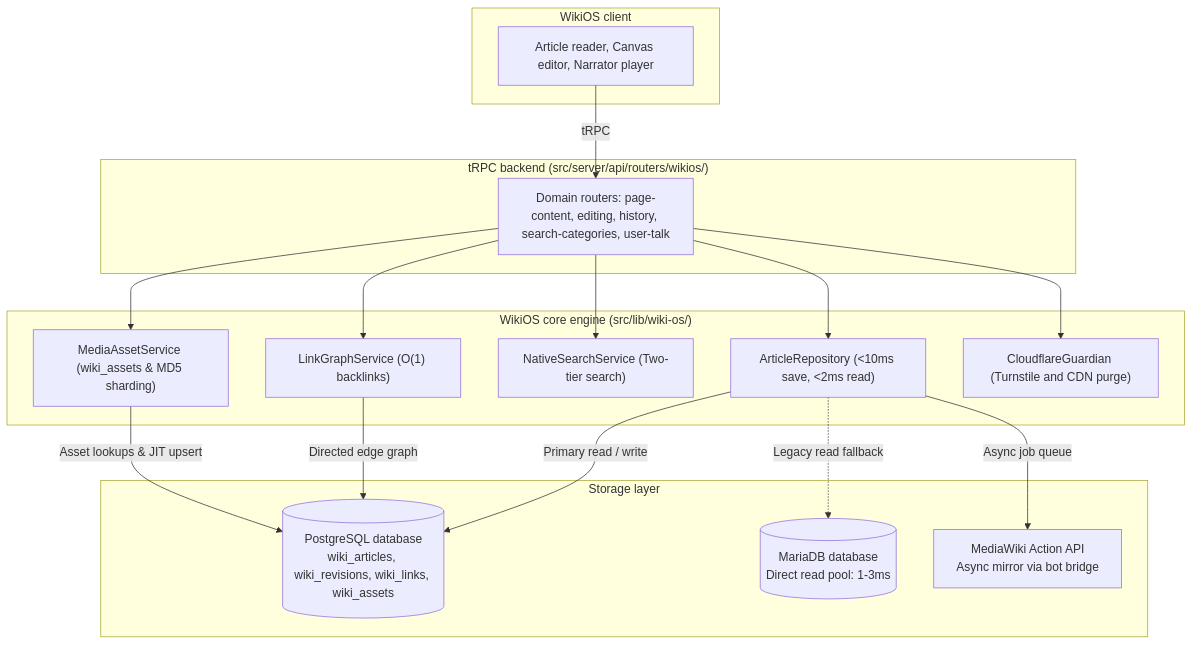
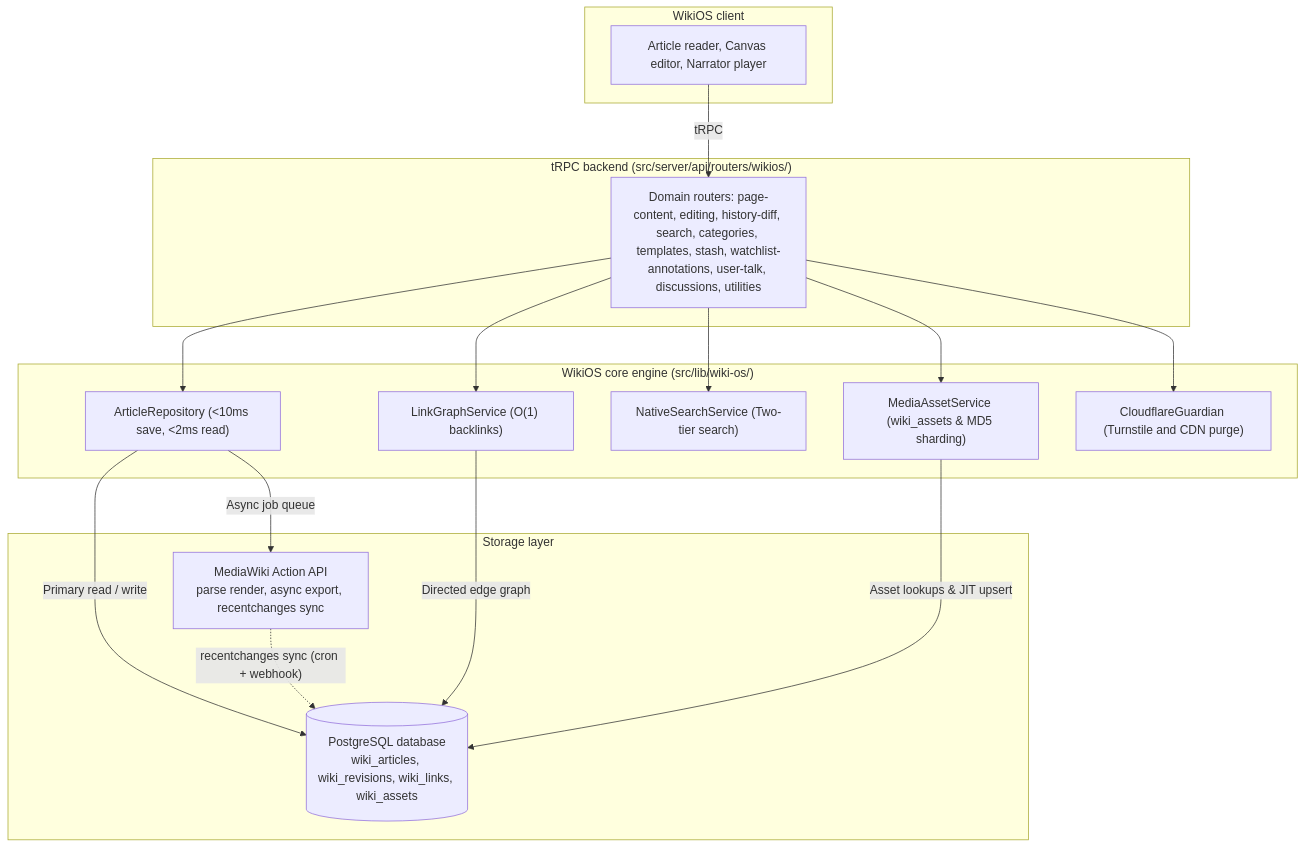
One commit to algolds/ixstats changed the diagram in docs/systems/wikios/WIKIOS.md. Above: the diagram before and after it, drawn with Mermaid. The commit also changed other lines of this file and 69 other files, not shown here.

````diff
--- a/docs/systems/wikios/WIKIOS.md
+++ b/docs/systems/wikios/WIKIOS.md
@@ -26,37 +28,36 @@
 ```mermaid
 flowchart TD
     subgraph "WikiOS client"
         UI["Article reader, Canvas editor, Narrator player"]
     end
 
     subgraph "tRPC backend (src/server/api/routers/wikios/)"
-        Routers["Domain routers: page-content, editing, history, search-categories, user-talk"]
+        Routers["Domain routers: page-content, editing, history-diff, search, categories, templates, stash, watchlist-annotations, user-talk, discussions, utilities"]
     end
 
     subgraph "WikiOS core engine (src/lib/wiki-os/)"
         Repo["ArticleRepository (<10ms save, <2ms read)"]
         LinkGraph["LinkGraphService (O(1) backlinks)"]
         Search["NativeSearchService (Two-tier search)"]
         Media["MediaAssetService (wiki_assets & MD5 sharding)"]
         Guardian["CloudflareGuardian (Turnstile and CDN purge)"]
     end
 
     subgraph "Storage layer"
         PG[("PostgreSQL database\nwiki_articles, wiki_revisions, wiki_links, wiki_assets")]
-        MariaDB[("MariaDB database\nDirect read pool: 1-3ms")]
-        MediaWiki["MediaWiki Action API\nAsync mirror via bot bridge"]
+        MediaWiki["MediaWiki Action API\nparse render, async export, recentchanges sync"]
     end
 
     UI -->|"tRPC"| Routers
     Routers --> Repo
     Routers --> LinkGraph
     Routers --> Search
     Routers --> Media
     Routers --> Guardian
 
     Repo -->|"Primary read / write"| PG
     LinkGraph -->|"Directed edge graph"| PG
     Media -->|"Asset lookups & JIT upsert"| PG
-    Repo -.->|"Legacy read fallback"| MariaDB
     Repo -->|"Async job queue"| MediaWiki
+    MediaWiki -.->|"recentchanges sync (cron + webhook)"| PG
 ```
````
